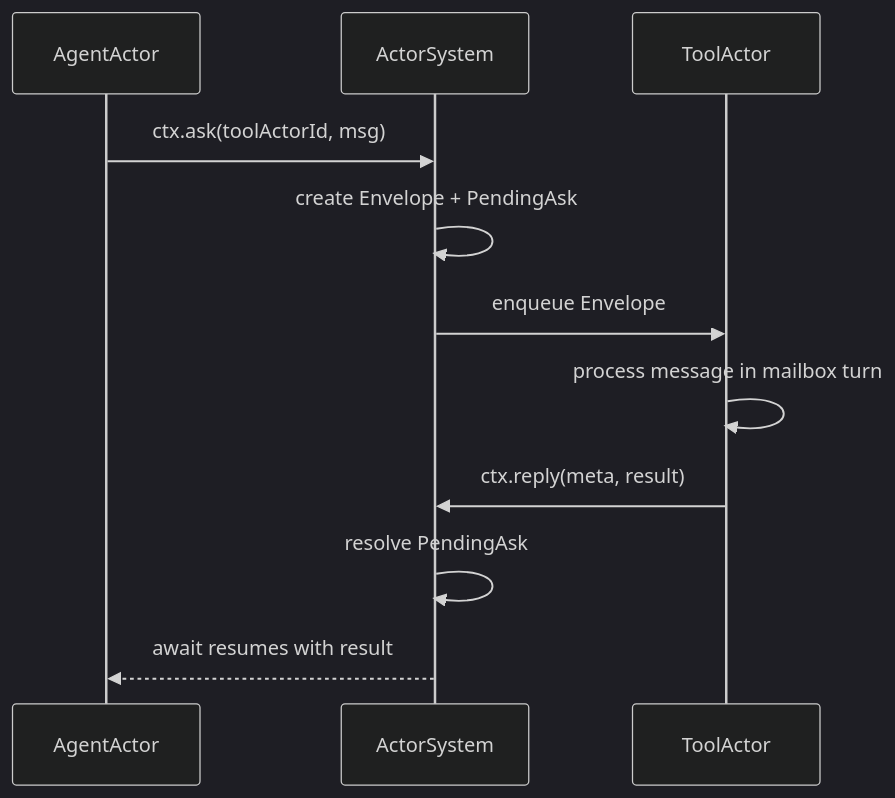
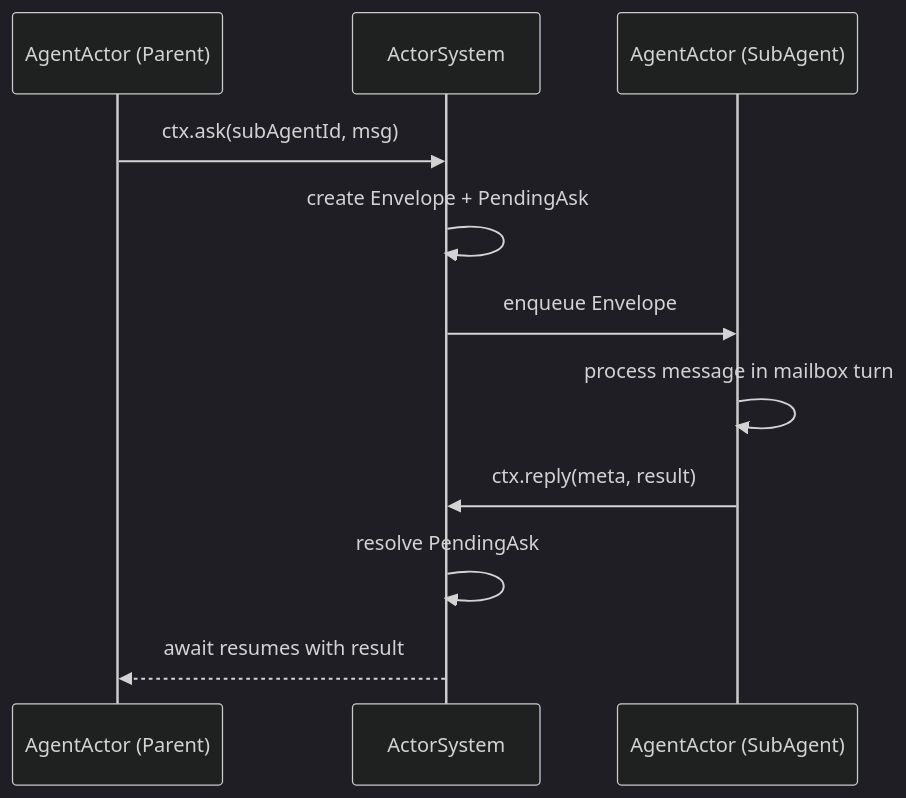
Before and after one commit to biuld/piko: the first of 3 diagrams in packages/orchestrator/docs/actor-kernel.md, drawn with Mermaid (dark theme). The commit also changed other lines of this file and 48 other files, not shown here.

Commit message:
refactor orchestrator task actor architecture

````diff
--- a/packages/orchestrator/docs/actor-kernel.md
+++ b/packages/orchestrator/docs/actor-kernel.md
@@ -77,14 +74,14 @@
 ```mermaid
 sequenceDiagram
-  participant Agent as AgentActor
+  participant Agent as AgentActor (Parent)
   participant Kernel as ActorSystem
-  participant Tool as ToolActor
+  participant SubAgent as AgentActor (SubAgent)
 
-  Agent->>Kernel: ctx.ask(toolActorId, msg)
+  Agent->>Kernel: ctx.ask(subAgentId, msg)
   Kernel->>Kernel: create Envelope + PendingAsk
-  Kernel->>Tool: enqueue Envelope
-  Tool->>Tool: process message in mailbox turn
-  Tool->>Kernel: ctx.reply(meta, result)
+  Kernel->>SubAgent: enqueue Envelope
+  SubAgent->>SubAgent: process message in mailbox turn
+  SubAgent->>Kernel: ctx.reply(meta, result)
   Kernel->>Kernel: resolve PendingAsk
   Kernel-->>Agent: await resumes with result
 ```
````
